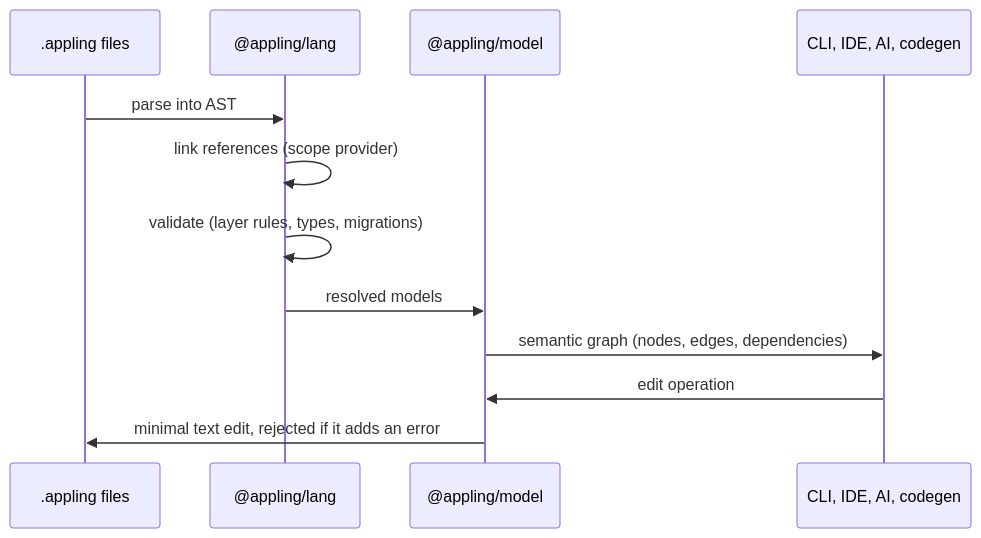
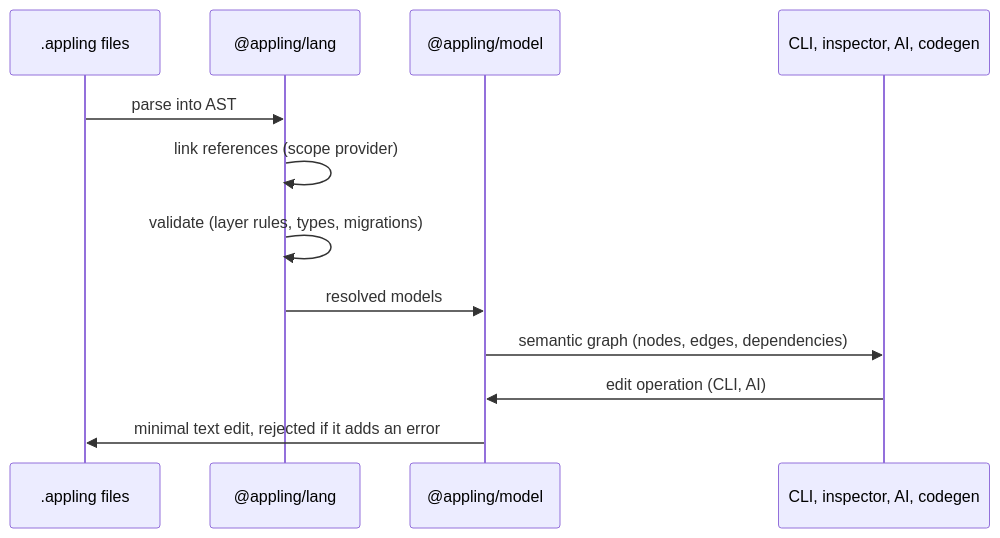
The second of 2 diagrams in docs/contributing/architecture.md (alex20465/appling), drawn with Mermaid before and after one commit. The commit also changed other lines of this file and 312 other files, not shown here.

````diff
--- a/docs/contributing/architecture.md
+++ b/docs/contributing/architecture.md
@@ -58,14 +55,14 @@
 ```mermaid
 sequenceDiagram
   participant Files as .appling files
   participant Lang as @appling/lang
   participant Model as @appling/model
-  participant Tool as CLI, IDE, AI, codegen
+  participant Tool as CLI, inspector, AI, codegen
   Files->>Lang: parse into AST
   Lang->>Lang: link references (scope provider)
   Lang->>Lang: validate (layer rules, types, migrations)
   Lang->>Model: resolved models
   Model->>Tool: semantic graph (nodes, edges, dependencies)
-  Tool->>Model: edit operation
+  Tool->>Model: edit operation (CLI, AI)
   Model->>Files: minimal text edit, rejected if it adds an error
 ```
````
